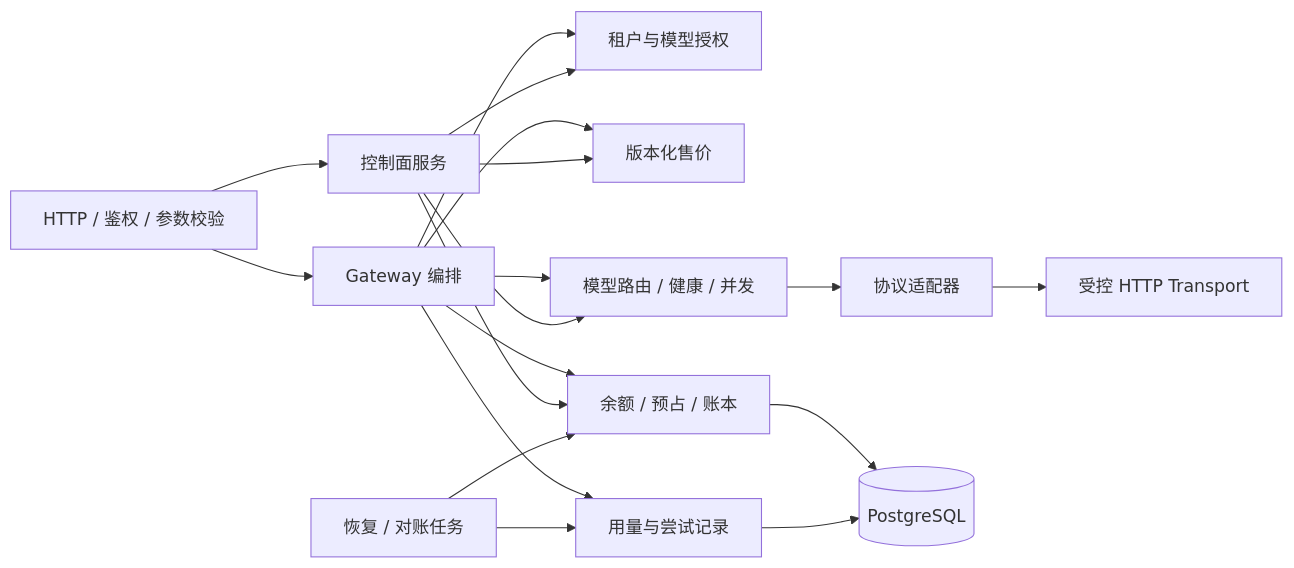
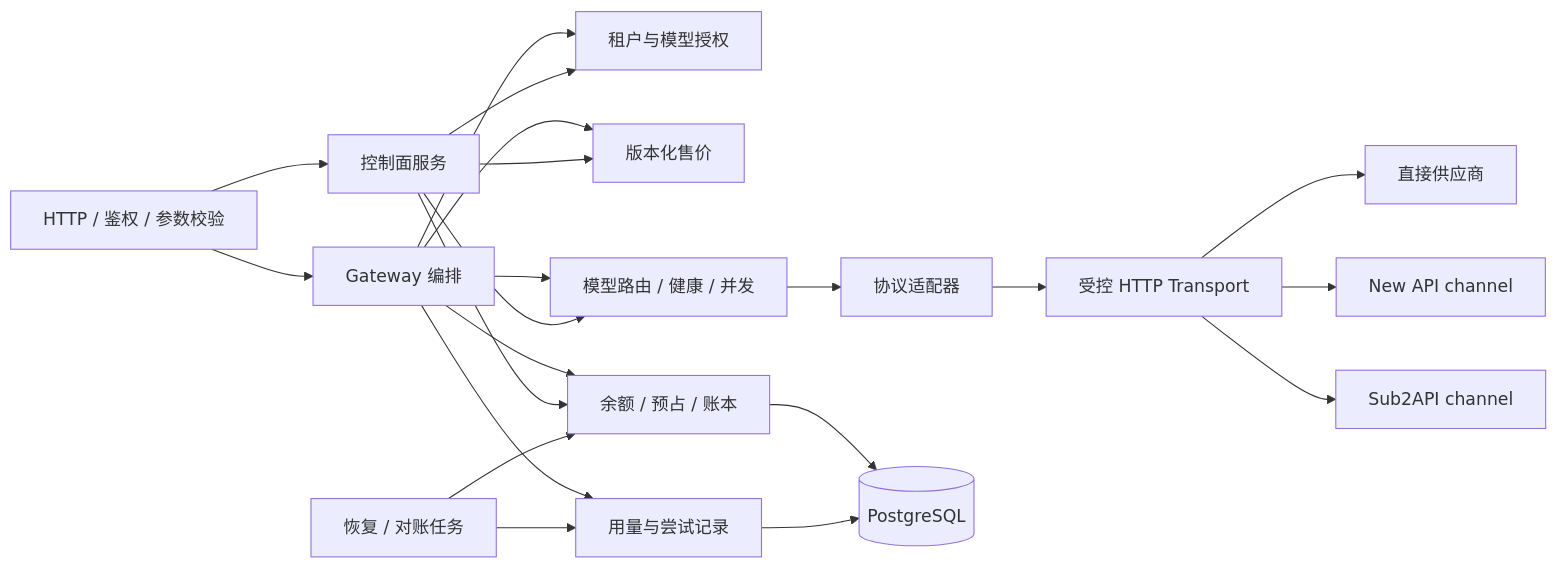
One commit to workhold/moni-aigate changed the second of 6 diagrams in docs/design/HLD.md. Above: the diagram before and after it, drawn with Mermaid. The commit also changed other lines of this file and 14 other files, not shown here.

Commit message:
docs: align roadmap with external upstream integration

````diff
--- a/docs/design/HLD.md
+++ b/docs/design/HLD.md
@@ -48,20 +52,23 @@
 ```mermaid
 flowchart LR
     HTTP[HTTP / 鉴权 / 参数校验] --> Gateway[Gateway 编排]
     HTTP --> Control[控制面服务]
     Gateway --> Identity[租户与模型授权]
     Gateway --> Pricing[版本化售价]
     Gateway --> Billing[余额 / 预占 / 账本]
     Gateway --> Routing[模型路由 / 健康 / 并发]
     Routing --> Adapter[协议适配器]
     Adapter --> Upstream[受控 HTTP Transport]
+    Upstream --> Direct[直接供应商]
+    Upstream --> NewAPI[New API channel]
+    Upstream --> Sub2API[Sub2API channel]
     Gateway --> Usage[用量与尝试记录]
     Control --> Identity
     Control --> Pricing
     Control --> Routing
     Control --> Billing
     Worker[恢复 / 对账任务] --> Billing
     Worker --> Usage
     Billing --> DB[(PostgreSQL)]
     Usage --> DB
 ```
````
